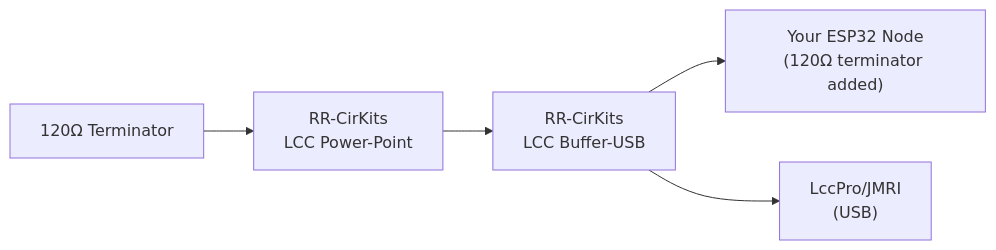
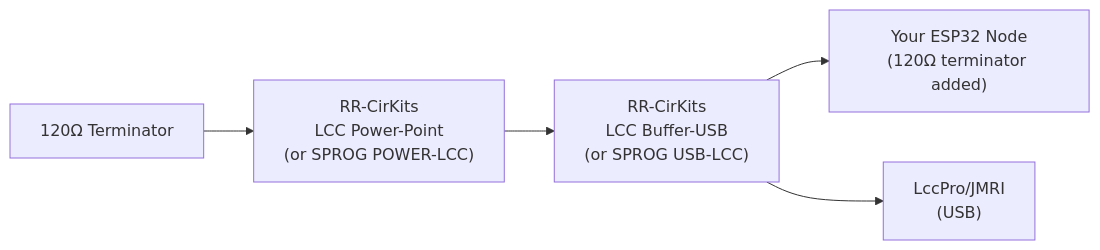
The first of 3 diagrams in src/05-can/05-jmri-configuration.md (openlcb/OpenLCB_Technical_Introduction), drawn with Mermaid before and after one commit. The commit also changed other lines of this file and 5 other files, not shown here.

````diff
--- a/src/05-can/05-jmri-configuration.md
+++ b/src/05-can/05-jmri-configuration.md
@@ -9,7 +9,7 @@
 ```mermaid
 graph LR
-    T["120Ω Terminator"] --> A["RR-CirKits<br/> LCC Power-Point"]
-    A --> B["RR-CirKits<br/> LCC Buffer-USB"]
+    T["120Ω Terminator"] --> A["RR-CirKits<br/> LCC Power-Point<br/>(or SPROG POWER-LCC)"]
+    A --> B["RR-CirKits<br/> LCC Buffer-USB<br/>(or SPROG USB-LCC)"]
     B --> C["Your ESP32 Node<br/>(120Ω terminator added)"]
     B --> D["LccPro/JMRI<br/>(USB)"]
 ```
````
